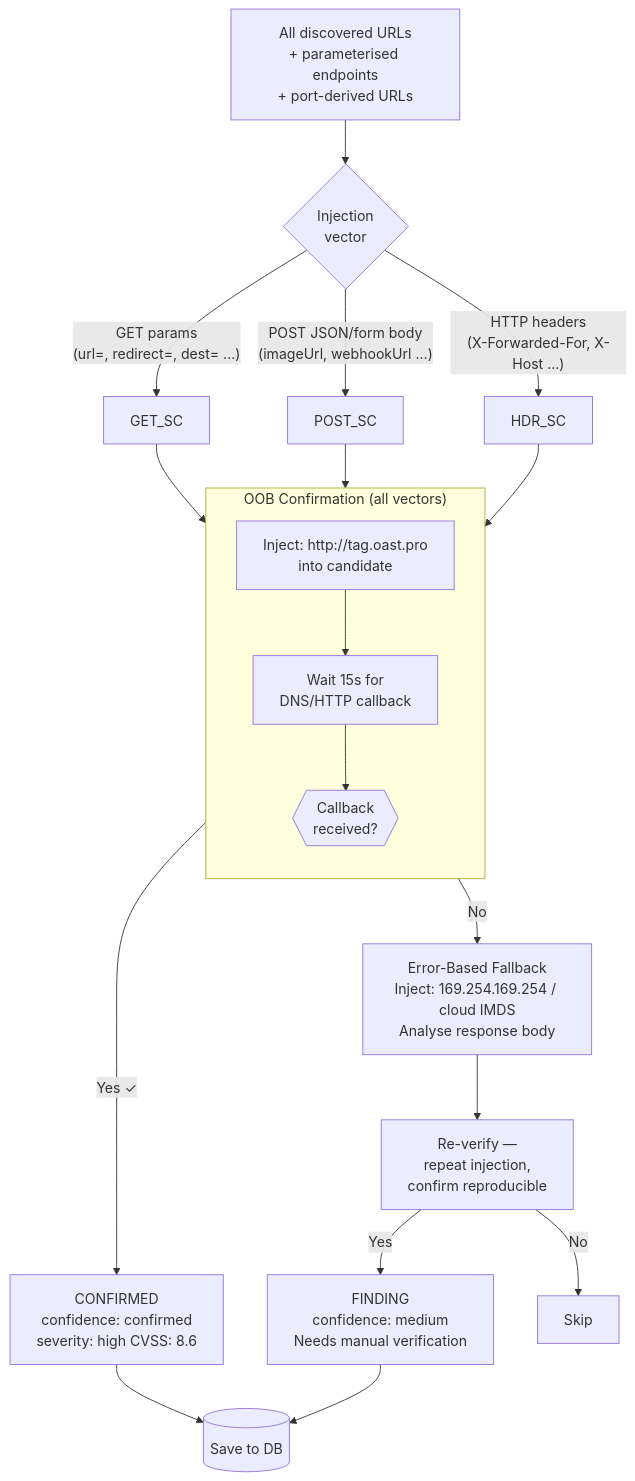
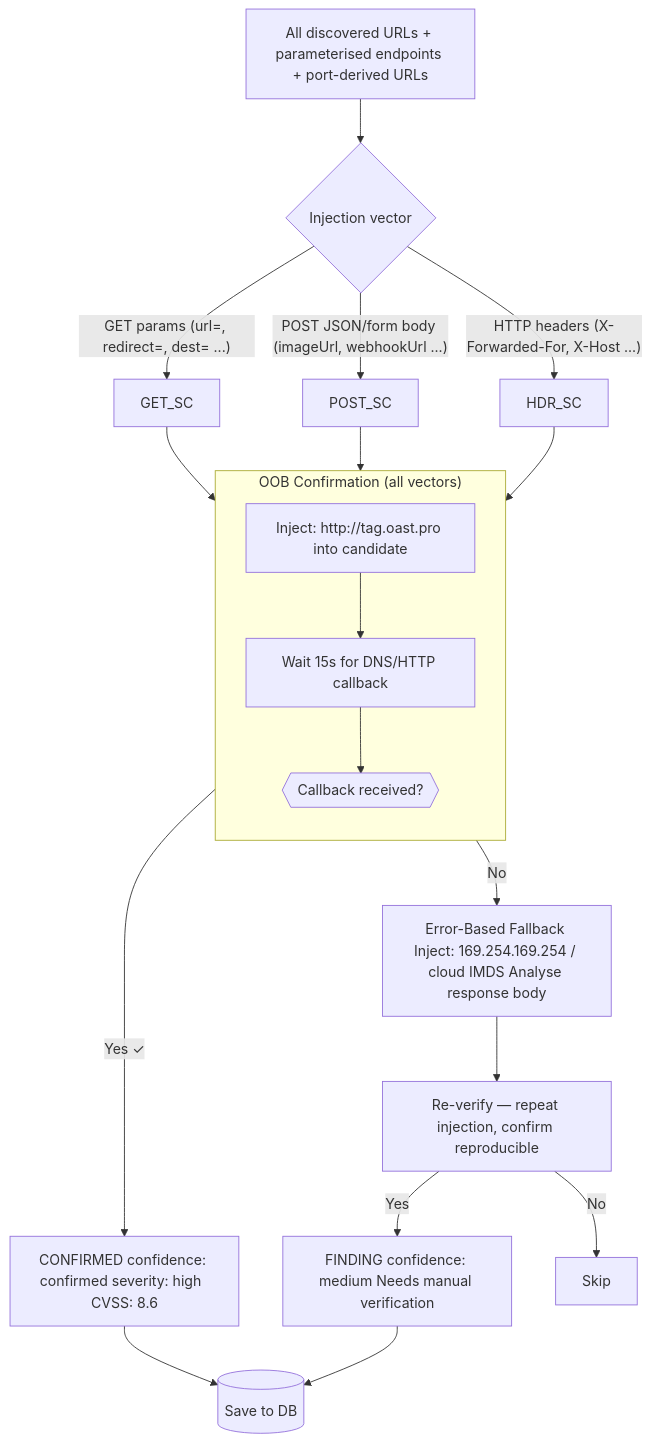
Before and after one commit to chegelawrence/liminal: the fifth of 12 diagrams in README.md, drawn with Mermaid. The commit also changed other lines of this file, not shown here.

````diff
--- a/README.md
+++ b/README.md
@@ -405,29 +405,29 @@
 ```mermaid
 flowchart TD
-    START["All discovered URLs\n+ parameterised endpoints\n+ port-derived URLs"] --> VECTOR
+    START["All discovered URLs + parameterised endpoints + port-derived URLs"] --> VECTOR
 
-    VECTOR{"Injection\nvector"}
+    VECTOR{"Injection vector"}
 
-    VECTOR -->|"GET params\n(url=, redirect=, dest= ...)"| GET_SC
-    VECTOR -->|"POST JSON/form body\n(imageUrl, webhookUrl ...)"| POST_SC
-    VECTOR -->|"HTTP headers\n(X-Forwarded-For, X-Host ...)"| HDR_SC
+    VECTOR -->|"GET params (url=, redirect=, dest= ...)"| GET_SC
+    VECTOR -->|"POST JSON/form body (imageUrl, webhookUrl ...)"| POST_SC
+    VECTOR -->|"HTTP headers (X-Forwarded-For, X-Host ...)"| HDR_SC
 
     subgraph OOB_FLOW["OOB Confirmation (all vectors)"]
         direction TB
-        INJECT["Inject: http://tag.oast.pro\ninto candidate"]
-        WAIT["Wait 15s for\nDNS/HTTP callback"]
-        GOT{{"Callback\nreceived?"}}
+        INJECT["Inject: http://tag.oast.pro into candidate"]
+        WAIT["Wait 15s for DNS/HTTP callback"]
+        GOT{{"Callback received?"}}
         INJECT --> WAIT --> GOT
     end
 
     GET_SC & POST_SC & HDR_SC --> OOB_FLOW
 
-    GOT -->|"Yes ✓"| CONFIRM["CONFIRMED\nconfidence: confirmed\nseverity: high  CVSS: 8.6"]
-    GOT -->|"No"| ERR_BASED["Error-Based Fallback\nInject: 169.254.169.254 / cloud IMDS\nAnalyse response body"]
-    ERR_BASED --> REPRO["Re-verify —\nrepeat injection,\nconfirm reproducible"]
-    REPRO -->|"Yes"| MEDIUM["FINDING\nconfidence: medium\nNeeds manual verification"]
+    GOT -->|"Yes ✓"| CONFIRM["CONFIRMED confidence: confirmed severity: high  CVSS: 8.6"]
+    GOT -->|"No"| ERR_BASED["Error-Based Fallback Inject: 169.254.169.254 / cloud IMDS Analyse response body"]
+    ERR_BASED --> REPRO["Re-verify — repeat injection, confirm reproducible"]
+    REPRO -->|"Yes"| MEDIUM["FINDING confidence: medium Needs manual verification"]
     REPRO -->|"No"| SKIP["Skip"]
 
     CONFIRM --> DB[("Save to DB")]
     MEDIUM --> DB
 ```
````
